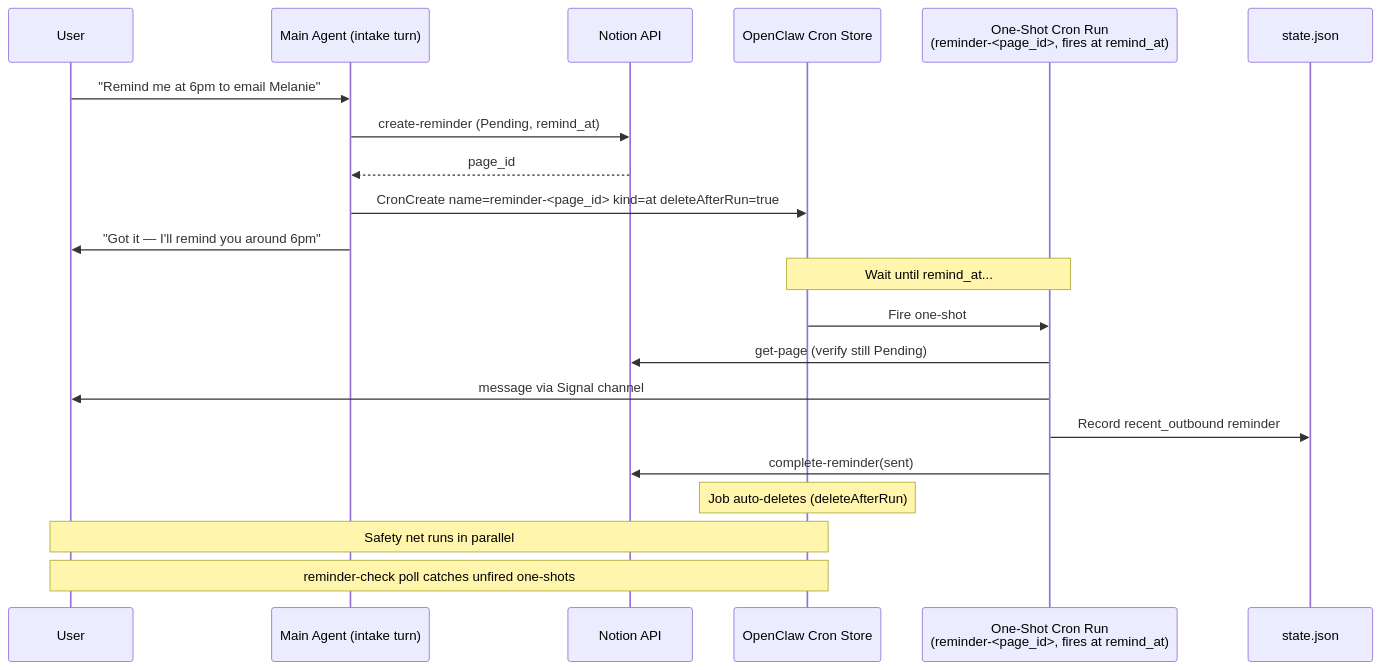
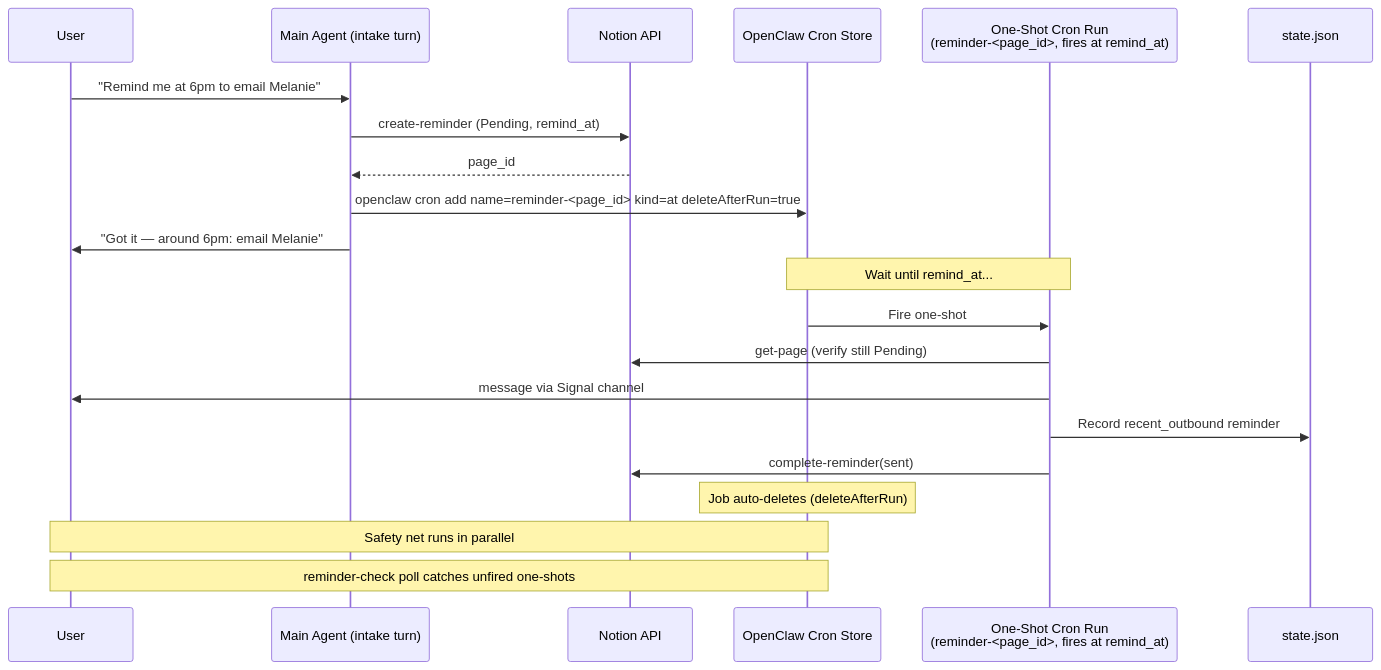
One commit to NickBorgersProbably/hide-my-list changed the fifth of 6 diagrams in docs/architecture.md. Above: the diagram before and after it, drawn with Mermaid. The commit also changed other lines of this file and 13 other files, not shown here.

Commit message:
Fix reminder cron guard docs for CLI path

````diff
--- a/docs/architecture.md
+++ b/docs/architecture.md
@@ -206,27 +206,27 @@
 ```mermaid
 sequenceDiagram
     participant User
     participant Main as Main Agent (intake turn)
     participant Notion as Notion API
     participant Cron as OpenClaw Cron Store
     participant OneShot as One-Shot Cron Run<br/>(reminder-<page_id>, fires at remind_at)
     participant State as state.json
 
     User->>Main: "Remind me at 6pm to email Melanie"
     Main->>Notion: create-reminder (Pending, remind_at)
     Notion-->>Main: page_id
-    Main->>Cron: CronCreate name=reminder-<page_id> kind=at deleteAfterRun=true
-    Main->>User: "Got it — I'll remind you around 6pm"
+    Main->>Cron: openclaw cron add name=reminder-<page_id> kind=at deleteAfterRun=true
+    Main->>User: "Got it — around 6pm: email Melanie"
 
     Note over Cron,OneShot: Wait until remind_at...
 
     Cron->>OneShot: Fire one-shot
     OneShot->>Notion: get-page (verify still Pending)
     OneShot->>User: message via Signal channel
     OneShot->>State: Record recent_outbound reminder
     OneShot->>Notion: complete-reminder(sent)
     Note over Cron: Job auto-deletes (deleteAfterRun)
 
     Note over Cron,User: Safety net runs in parallel
     Note over Cron,User: reminder-check poll catches unfired one-shots
 ```
````
